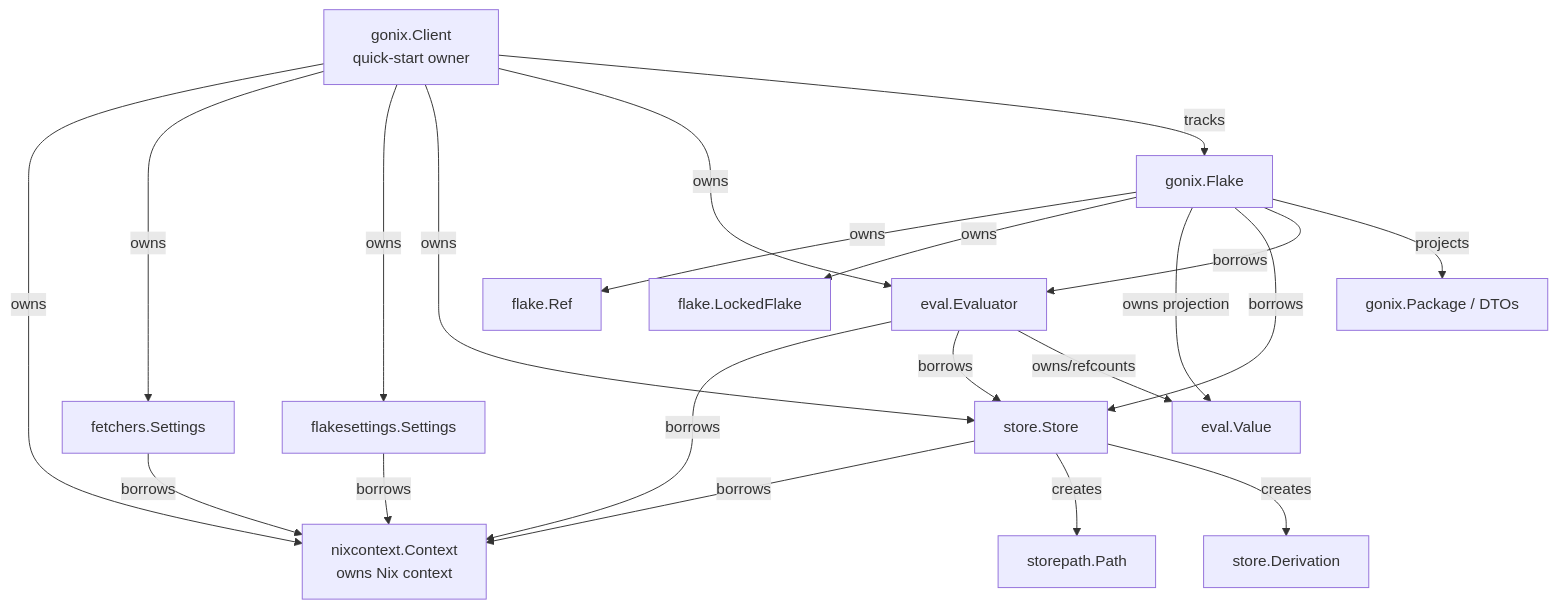
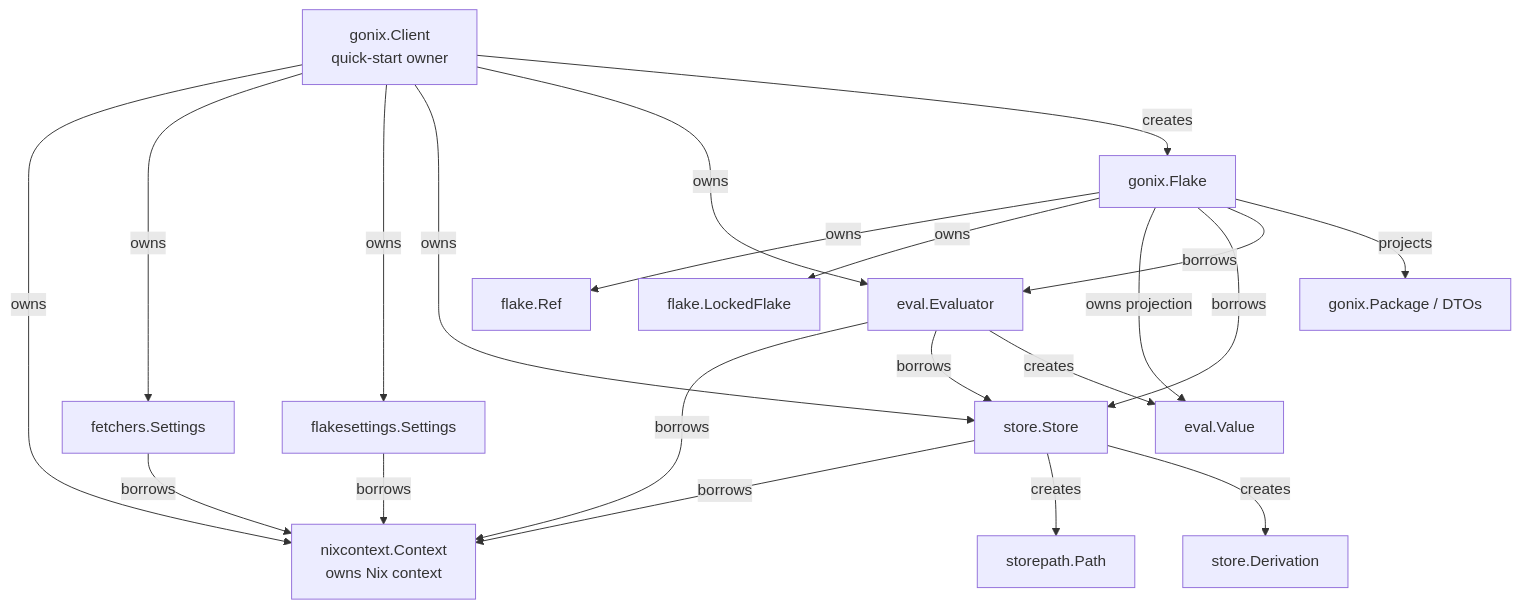
Before and after one commit to sund3RRR/gonix: the diagram in docs/architecture.md, drawn with Mermaid. The commit also changed other lines of this file and 9 other files, not shown here.

````diff
--- a/docs/architecture.md
+++ b/docs/architecture.md
@@ -150,40 +150,40 @@
 ```mermaid
 flowchart TD
     Context["nixcontext.Context\nowns Nix context"]
     Client["gonix.Client\nquick-start owner"]
     Fetchers["fetchers.Settings"]
     FlakeSettings["flakesettings.Settings"]
     Store["store.Store"]
     Eval["eval.Evaluator"]
     Flake["gonix.Flake"]
     Ref["flake.Ref"]
     Lock["flake.LockedFlake"]
     Value["eval.Value"]
     Path["storepath.Path"]
     Derivation["store.Derivation"]
     Package["gonix.Package / DTOs"]
 
     Client -->|owns| Context
     Client -->|owns| Fetchers
     Client -->|owns| FlakeSettings
     Client -->|owns| Store
     Client -->|owns| Eval
-    Client -->|tracks| Flake
+    Client -->|creates| Flake
 
     Fetchers -->|borrows| Context
     FlakeSettings -->|borrows| Context
     Store -->|borrows| Context
     Eval -->|borrows| Context
     Eval -->|borrows| Store
 
     Flake -->|owns| Ref
     Flake -->|owns| Lock
     Flake -->|owns projection| Value
     Flake -->|borrows| Store
     Flake -->|borrows| Eval
 
-    Eval -->|owns/refcounts| Value
+    Eval -->|creates| Value
     Store -->|creates| Path
     Store -->|creates| Derivation
     Flake -->|projects| Package
 ```
````
